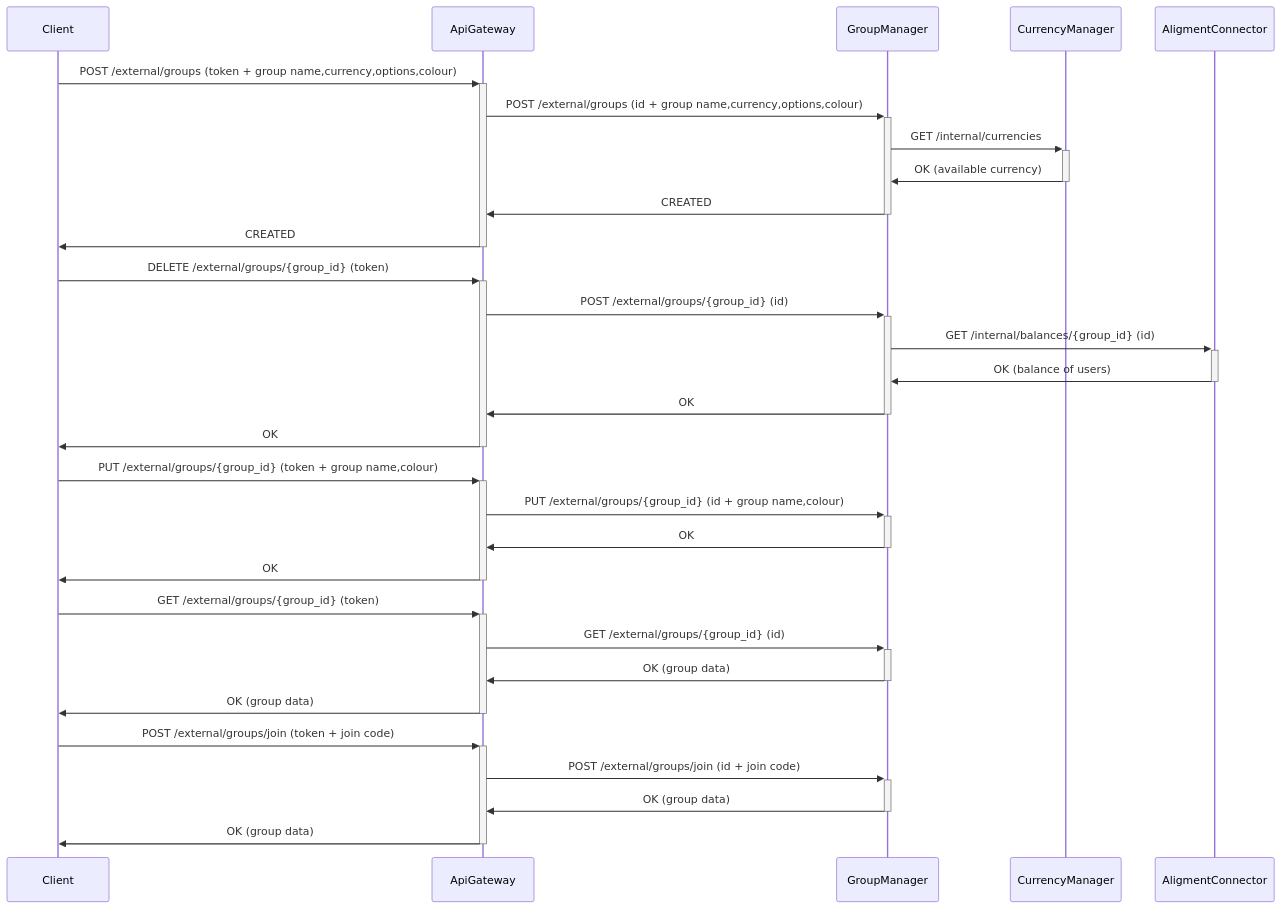
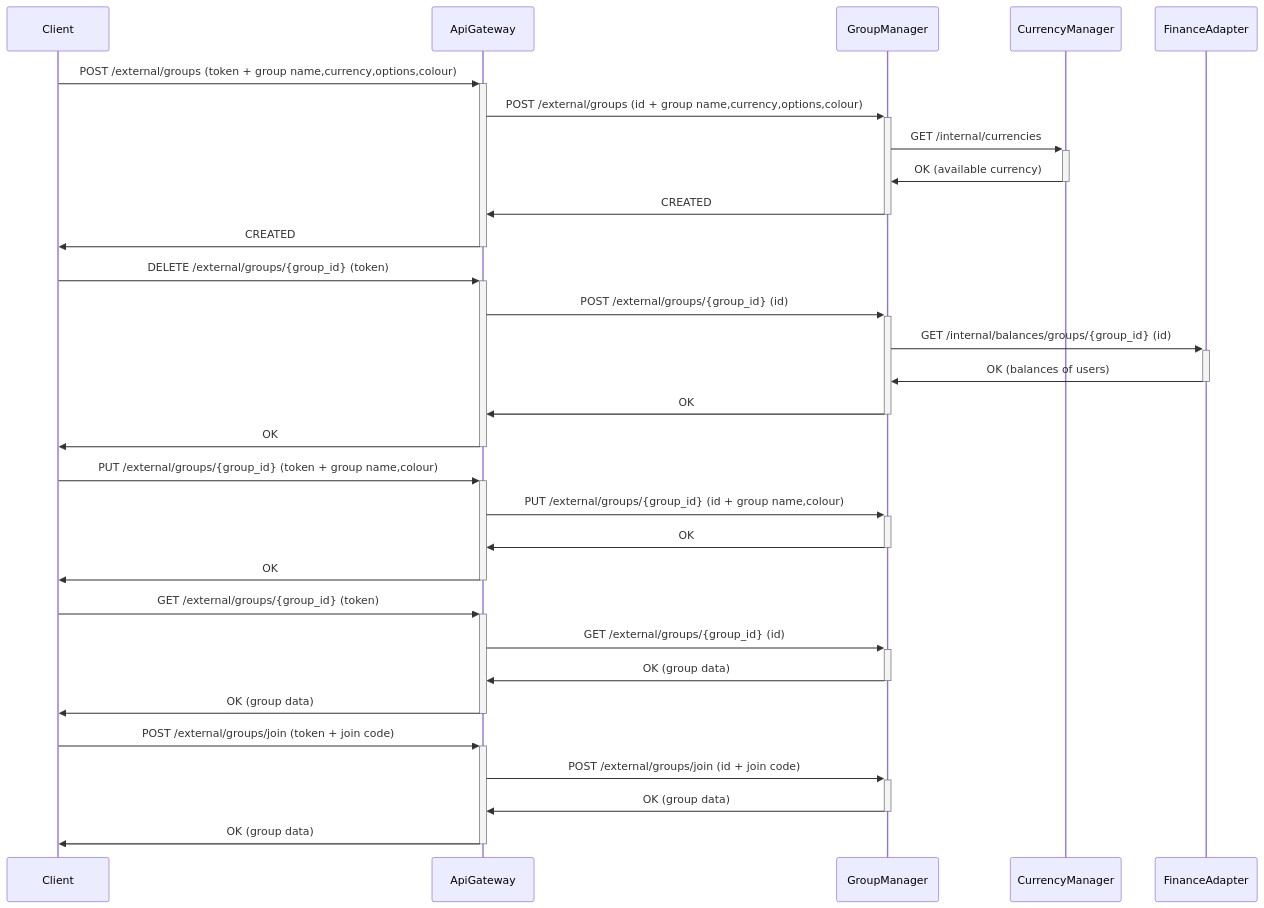
The fourth of 10 diagrams in docs/diagrams.md (Group-Expense-Manager/gem-docs), drawn with Mermaid before and after one commit. The commit also changed other lines of this file and 1 other file, not shown here.

Commit message:
added Report Creator & Payment Manager & Currency Manager & Finance Adapter contract

````diff
--- a/docs/diagrams.md
+++ b/docs/diagrams.md
@@ -129,32 +129,32 @@
 ``` mermaid
 sequenceDiagram
 
 Client->>+ApiGateway: POST /external/groups (token + group name,currency,options,colour)
 ApiGateway->>+GroupManager:  POST /external/groups (id + group name,currency,options,colour)
 GroupManager->>+CurrencyManager: GET /internal/currencies
 CurrencyManager->>-GroupManager: OK (available currency)
 GroupManager->>-ApiGateway: CREATED
 ApiGateway->>-Client: CREATED
 
 Client->>+ApiGateway: DELETE /external/groups/{group_id} (token)
 ApiGateway->>+GroupManager:  POST /external/groups/{group_id} (id)
-GroupManager->>+AligmentConnector: GET /internal/balances/{group_id} (id)
-AligmentConnector->>-GroupManager: OK (balance of users)
+GroupManager->>+FinanceAdapter: GET /internal/balances/groups/{group_id} (id)
+FinanceAdapter->>-GroupManager: OK (balances of users)
 GroupManager->>-ApiGateway: OK
 ApiGateway->>-Client: OK
 
 Client->>+ApiGateway: PUT /external/groups/{group_id} (token + group name,colour)
 ApiGateway->>+GroupManager:  PUT /external/groups/{group_id} (id + group name,colour)
 GroupManager->>-ApiGateway: OK
 ApiGateway->>-Client: OK
 
 Client->>+ApiGateway: GET /external/groups/{group_id} (token)
 ApiGateway->>+GroupManager:  GET /external/groups/{group_id} (id)
 GroupManager->>-ApiGateway: OK (group data)
 ApiGateway->>-Client: OK (group data)
 
 Client->>+ApiGateway: POST /external/groups/join (token + join code)
 ApiGateway->>+GroupManager:  POST /external/groups/join (id + join code)
 GroupManager->>-ApiGateway: OK (group data)
 ApiGateway->>-Client: OK (group data)
 ```
````
